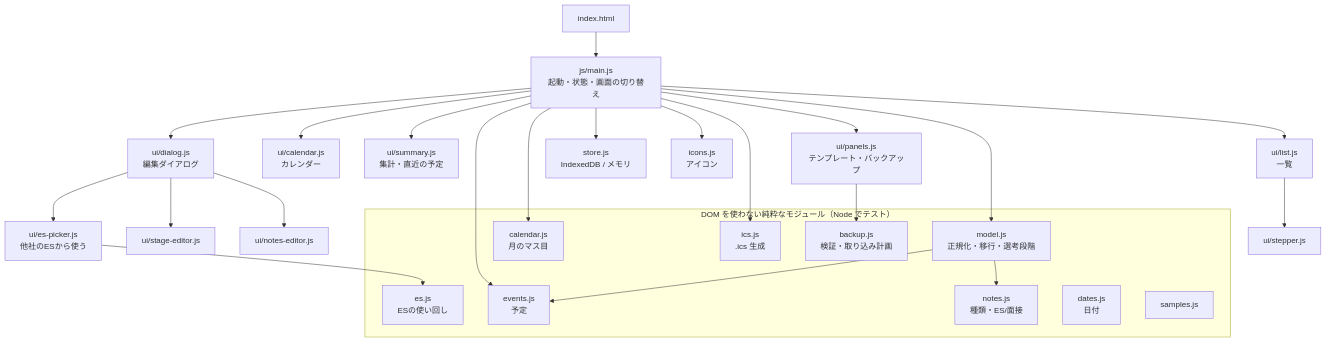
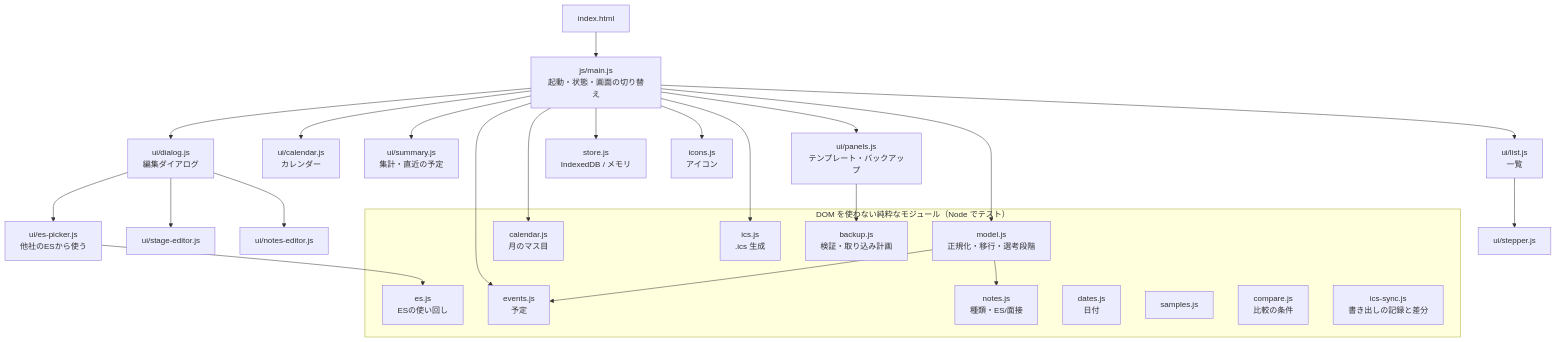
Before and after one commit to SaitoS-JP/Job-hunting-management: the diagram in docs/DESIGN.md, drawn with Mermaid. The commit also changed other lines of this file and 4 other files, not shown here.

````diff
--- a/docs/DESIGN.md
+++ b/docs/DESIGN.md
@@ -15,31 +15,33 @@
 ```mermaid
 flowchart TD
   HTML[index.html] --> main[js/main.js<br>起動・状態・画面の切り替え]
   main --> ui_list[ui/list.js<br>一覧]
   main --> ui_cal[ui/calendar.js<br>カレンダー]
   main --> ui_sum[ui/summary.js<br>集計・直近の予定]
   main --> ui_dlg[ui/dialog.js<br>編集ダイアログ]
   main --> ui_pan[ui/panels.js<br>テンプレート・バックアップ]
   ui_dlg --> ui_sed[ui/stage-editor.js]
   ui_dlg --> ui_notes[ui/notes-editor.js]
   ui_dlg --> ui_pick[ui/es-picker.js<br>他社のESから使う]
   ui_pick --> es
   ui_list --> ui_step[ui/stepper.js]
   main --> store[store.js<br>IndexedDB / メモリ]
   main --> icons[icons.js<br>アイコン]
 
   subgraph pure[DOM を使わない純粋なモジュール（Node でテスト）]
     model[model.js<br>正規化・移行・選考段階]
     events[events.js<br>予定]
     notes[notes.js<br>種類・ES/面接]
     dates[dates.js<br>日付]
     calendar[calendar.js<br>月のマス目]
     ics[ics.js<br>.ics 生成]
     backup[backup.js<br>検証・取り込み計画]
     samples[samples.js]
     es[es.js<br>ESの使い回し]
+    cmp[compare.js<br>比較の条件]
+    icssync[ics-sync.js<br>書き出しの記録と差分]
   end
   main --> model & events & calendar & ics
   ui_pan --> backup
   model --> events & notes
 ```
````
